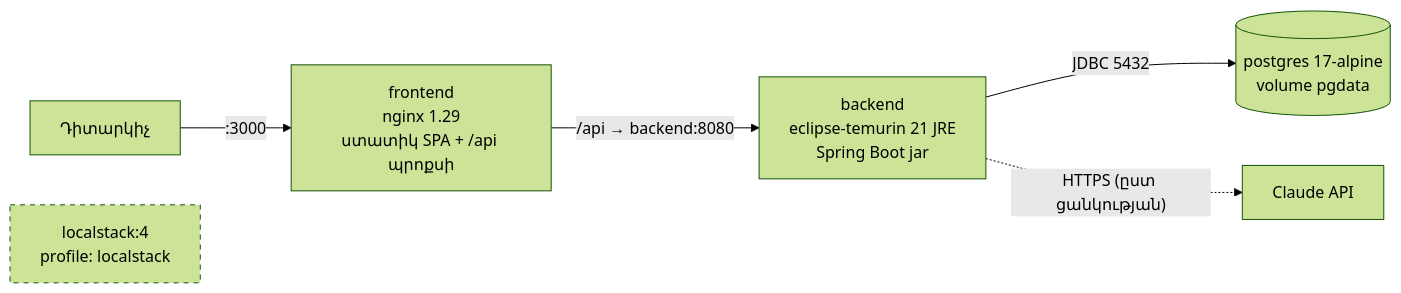
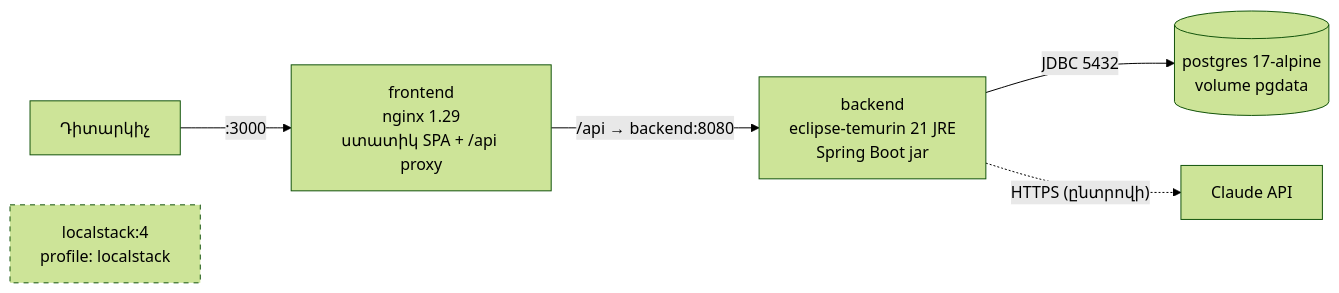
One commit to baghdasaryanzenfira-spec/cyber-sim changed the diagram in docs/hy/12-deployment.md. Above: the diagram before and after it, drawn with Mermaid (forest theme). The commit also changed other lines of this file and 37 other files, not shown here.

````diff
--- a/docs/hy/12-deployment.md
+++ b/docs/hy/12-deployment.md
@@ -7,9 +7,9 @@
 ```mermaid
 flowchart LR
-  B[Դիտարկիչ] -- ":3000" --> F["frontend<br/>nginx 1.29<br/>ստատիկ SPA + /api պրոքսի"]
+  B[Դիտարկիչ] -- ":3000" --> F["frontend<br/>nginx 1.29<br/>ստատիկ SPA + /api proxy"]
   F -- "/api → backend:8080" --> BE["backend<br/>eclipse-temurin 21 JRE<br/>Spring Boot jar"]
   BE -- "JDBC 5432" --> P[("postgres 17-alpine<br/>volume pgdata")]
-  BE -. "HTTPS (ըստ ցանկության)" .-> AI[Claude API]
+  BE -. "HTTPS (ընտրովի)" .-> AI[Claude API]
   L["localstack:4<br/>profile: localstack"]:::opt
   classDef opt stroke-dasharray: 5 5
 ```
````
